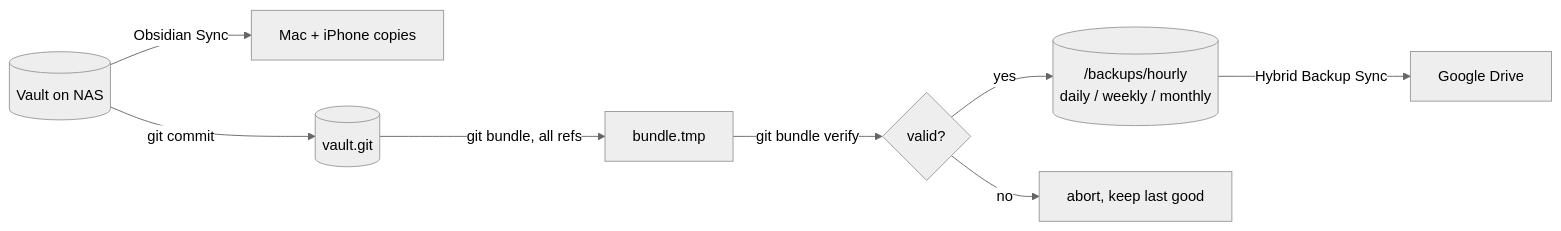
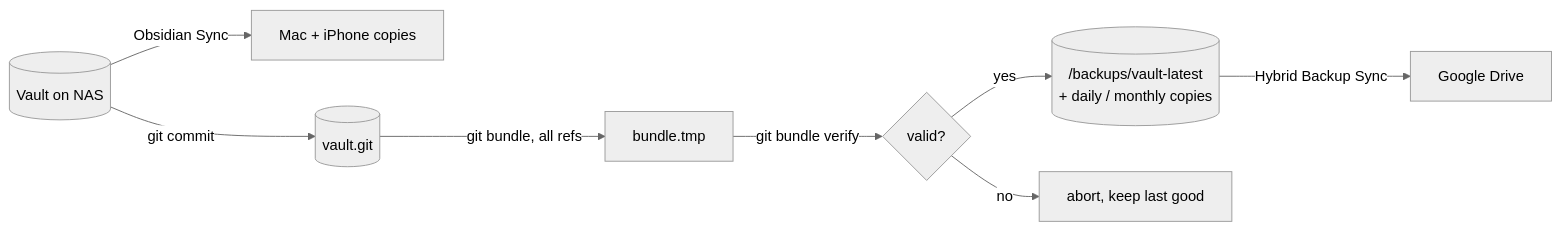
Before and after one commit to ky1ejs/homelab: the fourth of 6 diagrams in obsidian-vault/INITIAL_PLAN.md, drawn with Mermaid (neutral theme). The commit also changed other lines of this file and 4 other files, not shown here.

````diff
--- a/obsidian-vault/INITIAL_PLAN.md
+++ b/obsidian-vault/INITIAL_PLAN.md
@@ -164,10 +164,10 @@
 ```mermaid
 flowchart LR
     v[("Vault on NAS")] -->|Obsidian Sync| d["Mac + iPhone copies"]
     v -->|git commit| g[("vault.git")]
     g -->|"git bundle, all refs"| tmp["bundle.tmp"]
     tmp -->|"git bundle verify"| ok{"valid?"}
-    ok -->|yes| pub[("/backups/hourly<br/>daily / weekly / monthly")]
+    ok -->|yes| pub[("/backups/vault-latest<br/>+ daily / monthly copies")]
     ok -->|no| fail["abort, keep last good"]
     pub -->|Hybrid Backup Sync| gd["Google Drive"]
 ```
````
